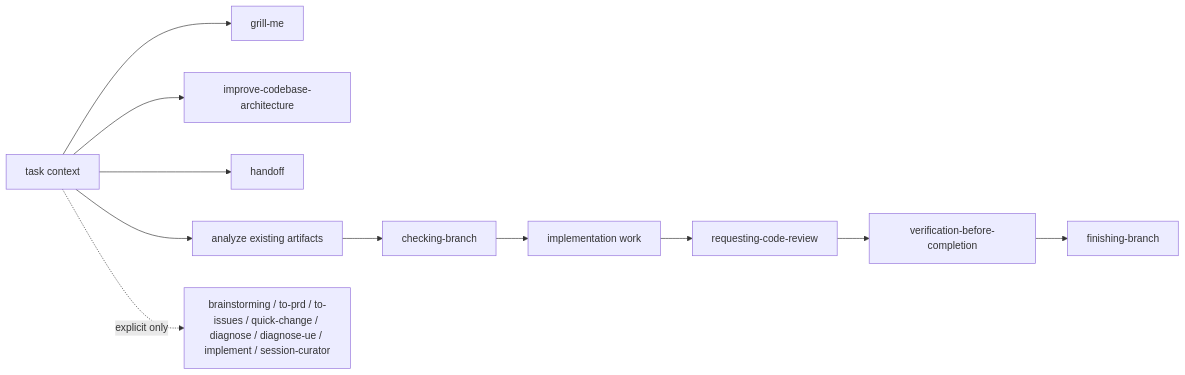
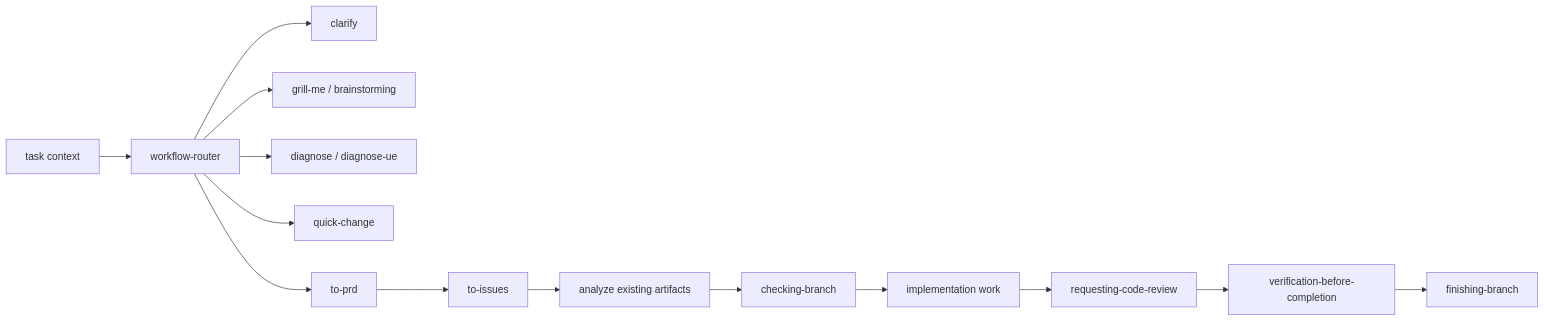
Before and after one commit to fjxyyzg3/Skills: the diagram in README.md, drawn with Mermaid. The commit also changed other lines of this file and 29 other files, not shown here.

Commit message:
实现 Natural Handoff workflow 交接

````diff
--- a/README.md
+++ b/README.md
@@ -7,13 +7,16 @@
 ```mermaid
 flowchart LR
-  Start["task context"] --> Grill["grill-me"]
-  Start --> Architecture["improve-codebase-architecture"]
-  Start --> Handoff["handoff"]
-  Start --> Analyze["analyze existing artifacts"]
+  Start["task context"] --> Router["workflow-router"]
+  Router --> Clarify["clarify"]
+  Router --> Need["grill-me / brainstorming"]
+  Router --> Diagnose["diagnose / diagnose-ue"]
+  Router --> Quick["quick-change"]
+  Router --> PRD["to-prd"]
+  PRD --> Issues["to-issues"]
+  Issues --> Analyze["analyze existing artifacts"]
   Analyze --> Branch["checking-branch"]
   Branch --> Work["implementation work"]
   Work --> Review["requesting-code-review"]
   Review --> Verify["verification-before-completion"]
   Verify --> Finish["finishing-branch"]
-  Start -. "explicit only" .-> Manual["brainstorming / to-prd / to-issues / quick-change / diagnose / diagnose-ue / implement / session-curator"]
 ```
````
